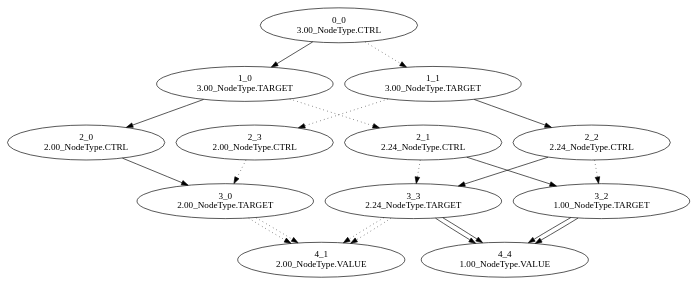
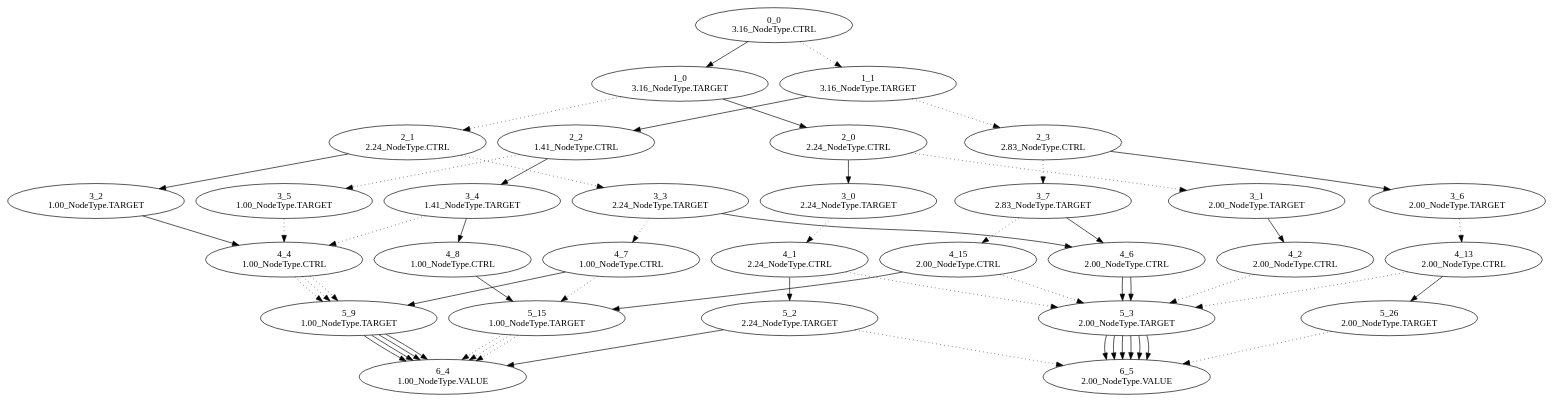
One commit to Jeff848/column_block_encoding changed the diagram in sparse_bin_tree_digraph.dot. Above: the diagram before and after it, drawn with Graphviz. The commit also changed 7 other files, not shown here.

```diff
--- a/sparse_bin_tree_digraph.dot
+++ b/sparse_bin_tree_digraph.dot
@@ -1,30 +1,75 @@
 digraph {
 	"0_0
-3.00_NodeType.CTRL"
+3.16_NodeType.CTRL"
 	"1_0
-3.00_NodeType.TARGET"
+3.16_NodeType.TARGET"
 	"0_0
-3.00_NodeType.CTRL" -> "1_0
-3.00_NodeType.TARGET"
+3.16_NodeType.CTRL" -> "1_0
+3.16_NodeType.TARGET"
 	"2_0
-2.00_NodeType.CTRL"
+2.24_NodeType.CTRL"
 	"1_0
-3.00_NodeType.TARGET" -> "2_0
-2.00_NodeType.CTRL"
+3.16_NodeType.TARGET" -> "2_0
+2.24_NodeType.CTRL"
 	"3_0
+2.24_NodeType.TARGET"
+	"2_0
+2.24_NodeType.CTRL" -> "3_0
+2.24_NodeType.TARGET"
+	"4_1
+2.24_NodeType.CTRL"
+	"3_0
+2.24_NodeType.TARGET" -> "4_1
+2.24_NodeType.CTRL" [style=dotted]
+	"5_2
+2.24_NodeType.TARGET"
+	"4_1
+2.24_NodeType.CTRL" -> "5_2
+2.24_NodeType.TARGET"
+	"6_4
+1.00_NodeType.VALUE"
+	"5_2
+2.24_NodeType.TARGET" -> "6_4
+1.00_NodeType.VALUE"
+	"6_5
+2.00_NodeType.VALUE"
+	"5_2
+2.24_NodeType.TARGET" -> "6_5
+2.00_NodeType.VALUE" [style=dotted]
+	"5_3
+2.00_NodeType.TARGET"
+	"4_1
+2.24_NodeType.CTRL" -> "5_3
+2.00_NodeType.TARGET" [style=dotted]
+	"6_5
+2.00_NodeType.VALUE"
+	"5_3
+2.00_NodeType.TARGET" -> "6_5
+2.00_NodeType.VALUE"
+	"3_1
 2.00_NodeType.TARGET"
 	"2_0
-2.00_NodeType.CTRL" -> "3_0
+2.24_NodeType.CTRL" -> "3_1
+2.00_NodeType.TARGET" [style=dotted]
+	"4_2
+2.00_NodeType.CTRL"
+	"3_1
+2.00_NodeType.TARGET" -> "4_2
+2.00_NodeType.CTRL"
+	"5_3
 2.00_NodeType.TARGET"
-	"4_1
+	"4_2
+2.00_NodeType.CTRL" -> "5_3
+2.00_NodeType.TARGET" [style=dotted]
+	"6_5
 2.00_NodeType.VALUE"
-	"3_0
-2.00_NodeType.TARGET" -> "4_1
-2.00_NodeType.VALUE" [style=dotted]
+	"5_3
+2.00_NodeType.TARGET" -> "6_5
+2.00_NodeType.VALUE"
 	"2_1
 2.24_NodeType.CTRL"
 	"1_0
-3.00_NodeType.TARGET" -> "2_1
+3.16_NodeType.TARGET" -> "2_1
 2.24_NodeType.CTRL" [style=dotted]
 	"3_2
 1.00_NodeType.TARGET"
@@ -32,73 +77,208 @@
 2.24_NodeType.CTRL" -> "3_2
 1.00_NodeType.TARGET"
 	"4_4
-1.00_NodeType.VALUE"
+1.00_NodeType.CTRL"
 	"3_2
 1.00_NodeType.TARGET" -> "4_4
+1.00_NodeType.CTRL"
+	"5_9
+1.00_NodeType.TARGET"
+	"4_4
+1.00_NodeType.CTRL" -> "5_9
+1.00_NodeType.TARGET" [style=dotted]
+	"6_4
+1.00_NodeType.VALUE"
+	"5_9
+1.00_NodeType.TARGET" -> "6_4
 1.00_NodeType.VALUE"
 	"3_3
 2.24_NodeType.TARGET"
 	"2_1
 2.24_NodeType.CTRL" -> "3_3
 2.24_NodeType.TARGET" [style=dotted]
+	"4_6
+2.00_NodeType.CTRL"
+	"3_3
+2.24_NodeType.TARGET" -> "4_6
+2.00_NodeType.CTRL"
+	"5_3
+2.00_NodeType.TARGET"
+	"4_6
+2.00_NodeType.CTRL" -> "5_3
+2.00_NodeType.TARGET"
+	"6_5
+2.00_NodeType.VALUE"
+	"5_3
+2.00_NodeType.TARGET" -> "6_5
+2.00_NodeType.VALUE"
+	"4_7
+1.00_NodeType.CTRL"
+	"3_3
+2.24_NodeType.TARGET" -> "4_7
+1.00_NodeType.CTRL" [style=dotted]
+	"5_9
+1.00_NodeType.TARGET"
+	"4_7
+1.00_NodeType.CTRL" -> "5_9
+1.00_NodeType.TARGET"
+	"6_4
+1.00_NodeType.VALUE"
+	"5_9
+1.00_NodeType.TARGET" -> "6_4
+1.00_NodeType.VALUE"
+	"5_15
+1.00_NodeType.TARGET"
+	"4_7
+1.00_NodeType.CTRL" -> "5_15
+1.00_NodeType.TARGET" [style=dotted]
+	"6_4
+1.00_NodeType.VALUE"
+	"5_15
+1.00_NodeType.TARGET" -> "6_4
+1.00_NodeType.VALUE" [style=dotted]
+	"1_1
+3.16_NodeType.TARGET"
+	"0_0
+3.16_NodeType.CTRL" -> "1_1
+3.16_NodeType.TARGET" [style=dotted]
+	"2_2
+1.41_NodeType.CTRL"
+	"1_1
+3.16_NodeType.TARGET" -> "2_2
+1.41_NodeType.CTRL"
+	"3_4
+1.41_NodeType.TARGET"
+	"2_2
+1.41_NodeType.CTRL" -> "3_4
+1.41_NodeType.TARGET"
+	"4_8
+1.00_NodeType.CTRL"
+	"3_4
+1.41_NodeType.TARGET" -> "4_8
+1.00_NodeType.CTRL"
+	"5_15
+1.00_NodeType.TARGET"
+	"4_8
+1.00_NodeType.CTRL" -> "5_15
+1.00_NodeType.TARGET"
+	"6_4
+1.00_NodeType.VALUE"
+	"5_15
+1.00_NodeType.TARGET" -> "6_4
+1.00_NodeType.VALUE" [style=dotted]
 	"4_4
+1.00_NodeType.CTRL"
+	"3_4
+1.41_NodeType.TARGET" -> "4_4
+1.00_NodeType.CTRL" [style=dotted]
+	"5_9
+1.00_NodeType.TARGET"
+	"4_4
+1.00_NodeType.CTRL" -> "5_9
+1.00_NodeType.TARGET" [style=dotted]
+	"6_4
 1.00_NodeType.VALUE"
-	"3_3
-2.24_NodeType.TARGET" -> "4_4
+	"5_9
+1.00_NodeType.TARGET" -> "6_4
 1.00_NodeType.VALUE"
-	"4_1
-2.00_NodeType.VALUE"
-	"3_3
-2.24_NodeType.TARGET" -> "4_1
-2.00_NodeType.VALUE" [style=dotted]
-	"1_1
-3.00_NodeType.TARGET"
-	"0_0
-3.00_NodeType.CTRL" -> "1_1
-3.00_NodeType.TARGET" [style=dotted]
-	"2_2
-2.24_NodeType.CTRL"
-	"1_1
-3.00_NodeType.TARGET" -> "2_2
-2.24_NodeType.CTRL"
-	"3_3
-2.24_NodeType.TARGET"
-	"2_2
-2.24_NodeType.CTRL" -> "3_3
-2.24_NodeType.TARGET"
-	"4_4
-1.00_NodeType.VALUE"
-	"3_3
-2.24_NodeType.TARGET" -> "4_4
-1.00_NodeType.VALUE"
-	"4_1
-2.00_NodeType.VALUE"
-	"3_3
-2.24_NodeType.TARGET" -> "4_1
-2.00_NodeType.VALUE" [style=dotted]
-	"3_2
+	"3_5
 1.00_NodeType.TARGET"
 	"2_2
-2.24_NodeType.CTRL" -> "3_2
+1.41_NodeType.CTRL" -> "3_5
 1.00_NodeType.TARGET" [style=dotted]
 	"4_4
+1.00_NodeType.CTRL"
+	"3_5
+1.00_NodeType.TARGET" -> "4_4
+1.00_NodeType.CTRL" [style=dotted]
+	"5_9
+1.00_NodeType.TARGET"
+	"4_4
+1.00_NodeType.CTRL" -> "5_9
+1.00_NodeType.TARGET" [style=dotted]
+	"6_4
 1.00_NodeType.VALUE"
-	"3_2
-1.00_NodeType.TARGET" -> "4_4
+	"5_9
+1.00_NodeType.TARGET" -> "6_4
 1.00_NodeType.VALUE"
 	"2_3
-2.00_NodeType.CTRL"
+2.83_NodeType.CTRL"
 	"1_1
-3.00_NodeType.TARGET" -> "2_3
-2.00_NodeType.CTRL" [style=dotted]
-	"3_0
+3.16_NodeType.TARGET" -> "2_3
+2.83_NodeType.CTRL" [style=dotted]
+	"3_6
 2.00_NodeType.TARGET"
 	"2_3
-2.00_NodeType.CTRL" -> "3_0
+2.83_NodeType.CTRL" -> "3_6
+2.00_NodeType.TARGET"
+	"4_13
+2.00_NodeType.CTRL"
+	"3_6
+2.00_NodeType.TARGET" -> "4_13
+2.00_NodeType.CTRL" [style=dotted]
+	"5_26
+2.00_NodeType.TARGET"
+	"4_13
+2.00_NodeType.CTRL" -> "5_26
+2.00_NodeType.TARGET"
+	"6_5
+2.00_NodeType.VALUE"
+	"5_26
+2.00_NodeType.TARGET" -> "6_5
+2.00_NodeType.VALUE" [style=dotted]
+	"5_3
+2.00_NodeType.TARGET"
+	"4_13
+2.00_NodeType.CTRL" -> "5_3
 2.00_NodeType.TARGET" [style=dotted]
-	"4_1
+	"6_5
 2.00_NodeType.VALUE"
-	"3_0
-2.00_NodeType.TARGET" -> "4_1
-2.00_NodeType.VALUE" [style=dotted]
+	"5_3
+2.00_NodeType.TARGET" -> "6_5
+2.00_NodeType.VALUE"
+	"3_7
+2.83_NodeType.TARGET"
+	"2_3
+2.83_NodeType.CTRL" -> "3_7
+2.83_NodeType.TARGET" [style=dotted]
+	"4_6
+2.00_NodeType.CTRL"
+	"3_7
+2.83_NodeType.TARGET" -> "4_6
+2.00_NodeType.CTRL"
+	"5_3
+2.00_NodeType.TARGET"
+	"4_6
+2.00_NodeType.CTRL" -> "5_3
+2.00_NodeType.TARGET"
+	"6_5
+2.00_NodeType.VALUE"
+	"5_3
+2.00_NodeType.TARGET" -> "6_5
+2.00_NodeType.VALUE"
+	"4_15
+2.00_NodeType.CTRL"
+	"3_7
+2.83_NodeType.TARGET" -> "4_15
+2.00_NodeType.CTRL" [style=dotted]
+	"5_15
+1.00_NodeType.TARGET"
+	"4_15
+2.00_NodeType.CTRL" -> "5_15
+1.00_NodeType.TARGET"
+	"6_4
+1.00_NodeType.VALUE"
+	"5_15
+1.00_NodeType.TARGET" -> "6_4
+1.00_NodeType.VALUE" [style=dotted]
+	"5_3
+2.00_NodeType.TARGET"
+	"4_15
+2.00_NodeType.CTRL" -> "5_3
+2.00_NodeType.TARGET" [style=dotted]
+	"6_5
+2.00_NodeType.VALUE"
+	"5_3
+2.00_NodeType.TARGET" -> "6_5
+2.00_NodeType.VALUE"
 }
```
